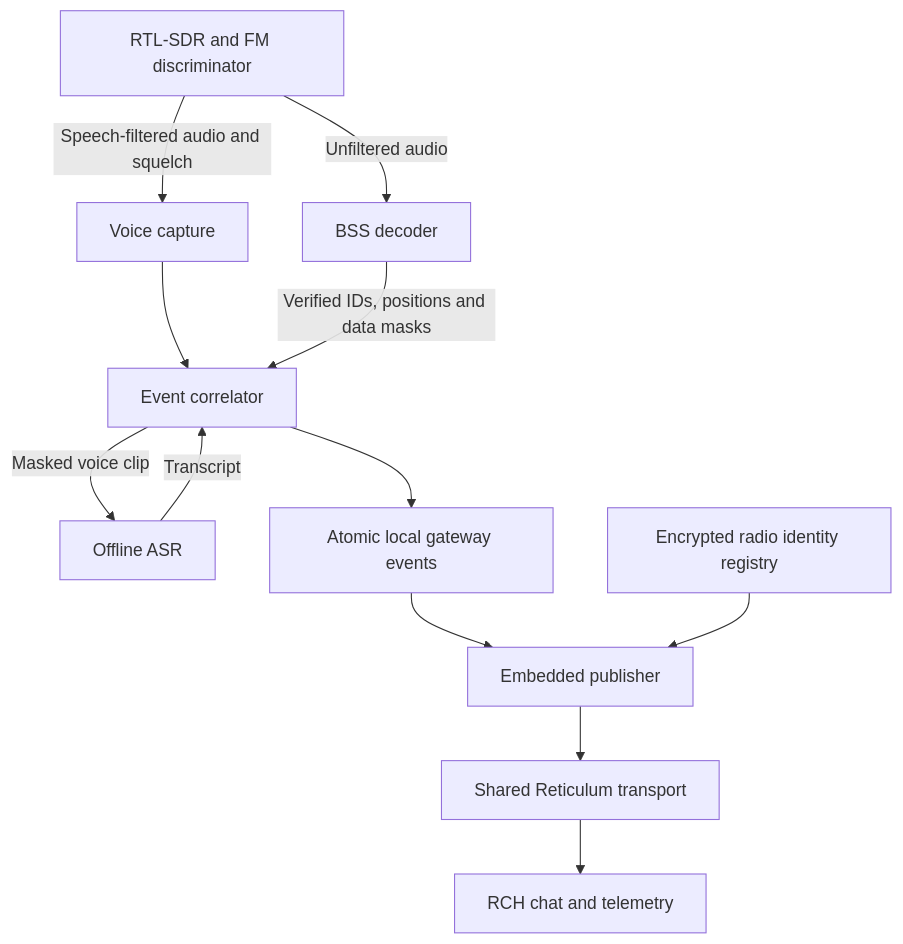
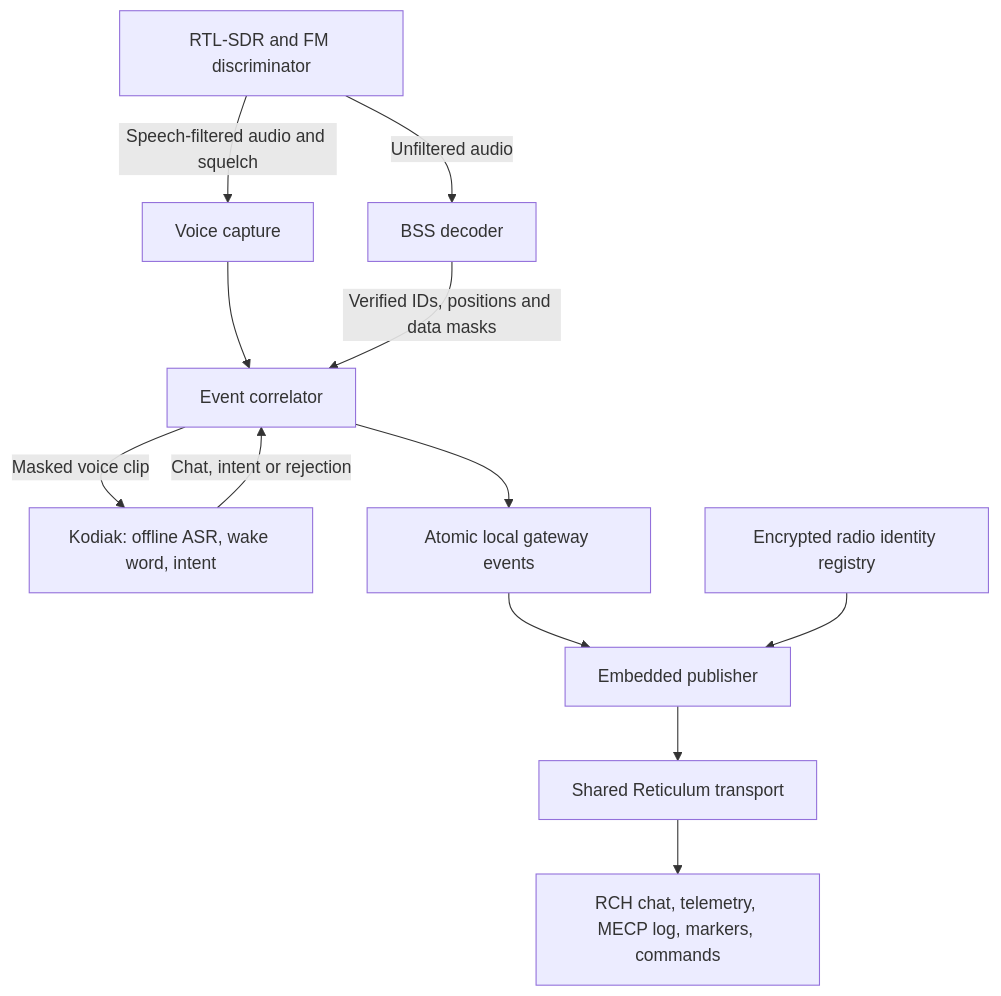
One commit to FreeTAKTeam/sigil changed the diagram in docs/architecture.md. Above: the diagram before and after it, drawn with Mermaid. The commit also changed other lines of this file and 60 other files, not shown here.

First line of the commit message:
Add Kodiak voice-command engine and laya classifier

````diff
--- a/docs/architecture.md
+++ b/docs/architecture.md
@@ -3,14 +3,14 @@
 ```mermaid
 flowchart TD
     SDR[RTL-SDR and FM discriminator] -->|Speech-filtered audio and squelch| V[Voice capture]
     SDR -->|Unfiltered audio| B[BSS decoder]
     V --> C[Event correlator]
     B -->|Verified IDs, positions and data masks| C
-    C -->|Masked voice clip| A[Offline ASR]
-    A -->|Transcript| C
+    C -->|Masked voice clip| A[Kodiak: offline ASR, wake word, intent]
+    A -->|Chat, intent or rejection| C
     C --> E[Atomic local gateway events]
     E --> P[Embedded publisher]
     I[Encrypted radio identity registry] --> P
     P --> T[Shared Reticulum transport]
-    T --> RCH[RCH chat and telemetry]
+    T --> RCH[RCH chat, telemetry, MECP log, markers, commands]
 ```
````
